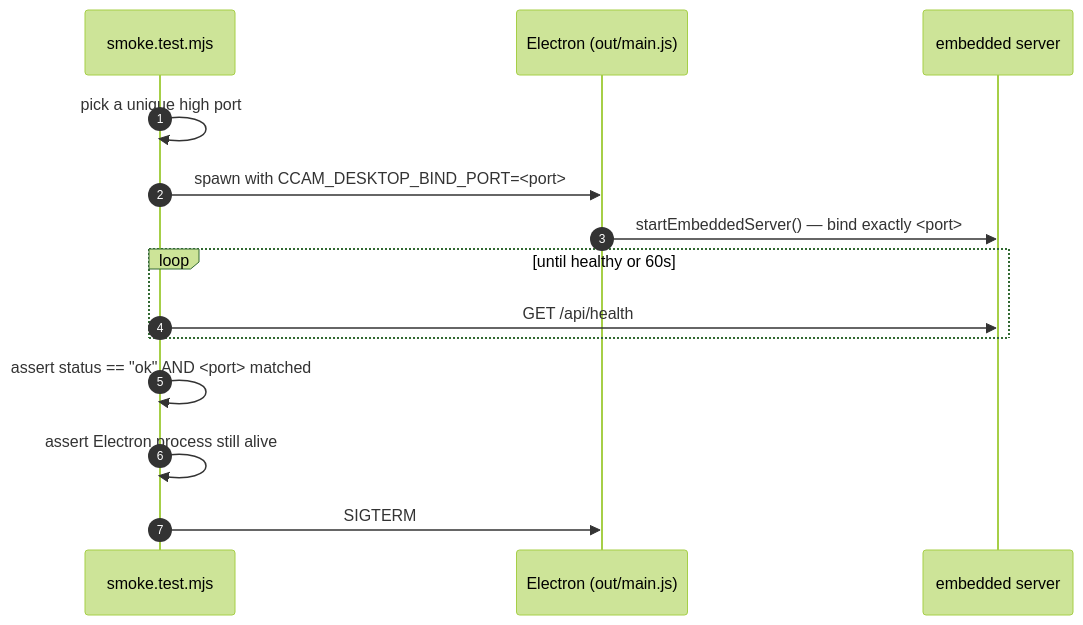
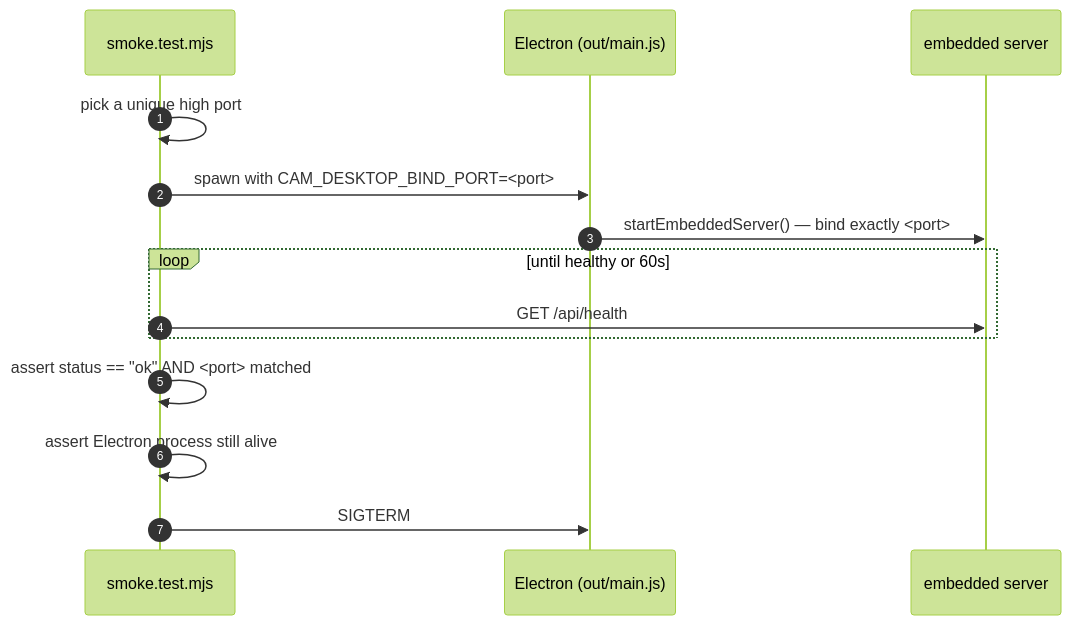
Diagram 14 of 14 in desktop/README.md (buluma/Code-Agent-Monitor), drawn with Mermaid (forest theme) before and after one commit. The commit also changed other lines of this file and 500 other files, not shown here.

First line of the commit message:
refactor!: rename CCAM to CAM across all surfaces (#20)

````diff
--- a/desktop/README.md
+++ b/desktop/README.md
@@ -703,17 +703,17 @@
 ```mermaid
 sequenceDiagram
     autonumber
     participant T as smoke.test.mjs
     participant E as Electron (out/main.js)
     participant S as embedded server
 
     T->>T: pick a unique high port
-    T->>E: spawn with CCAM_DESKTOP_BIND_PORT=<port>
+    T->>E: spawn with CAM_DESKTOP_BIND_PORT=<port>
     E->>S: startEmbeddedServer() — bind exactly <port>
     loop until healthy or 60s
         T->>S: GET /api/health
     end
     T->>T: assert status == "ok" AND <port> matched
     T->>T: assert Electron process still alive
     T->>E: SIGTERM
 ```
````
